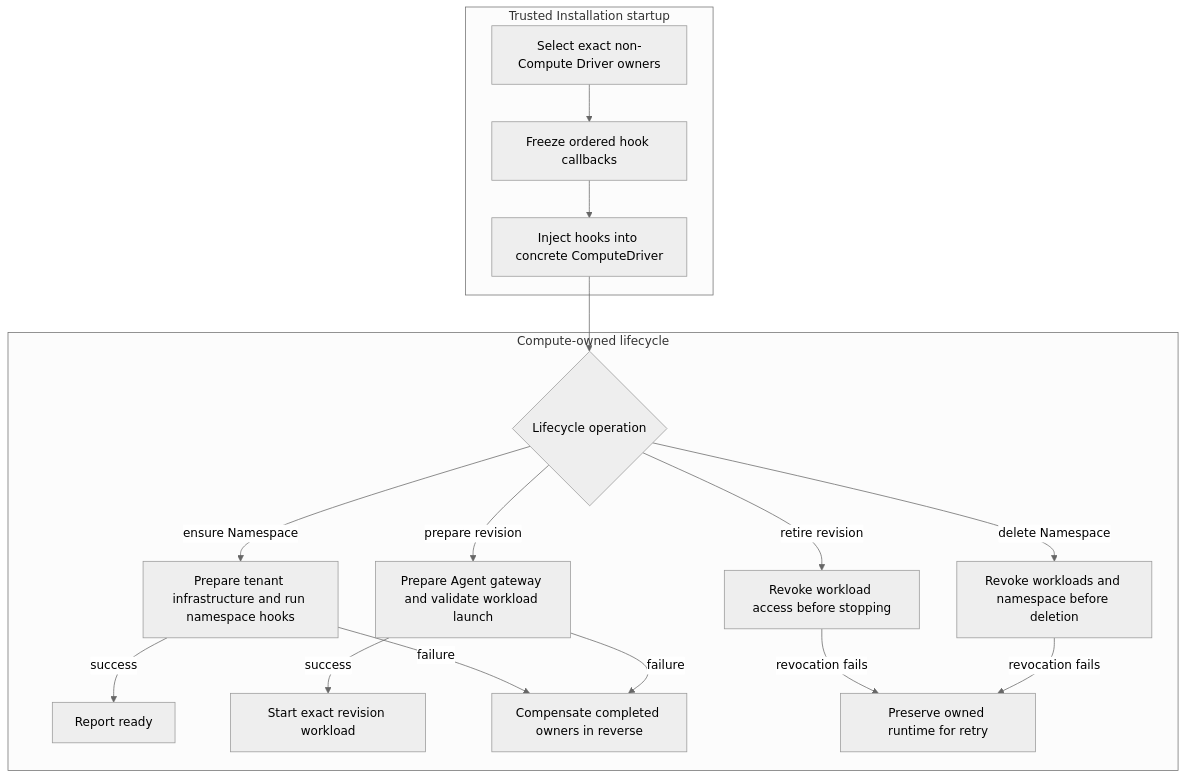
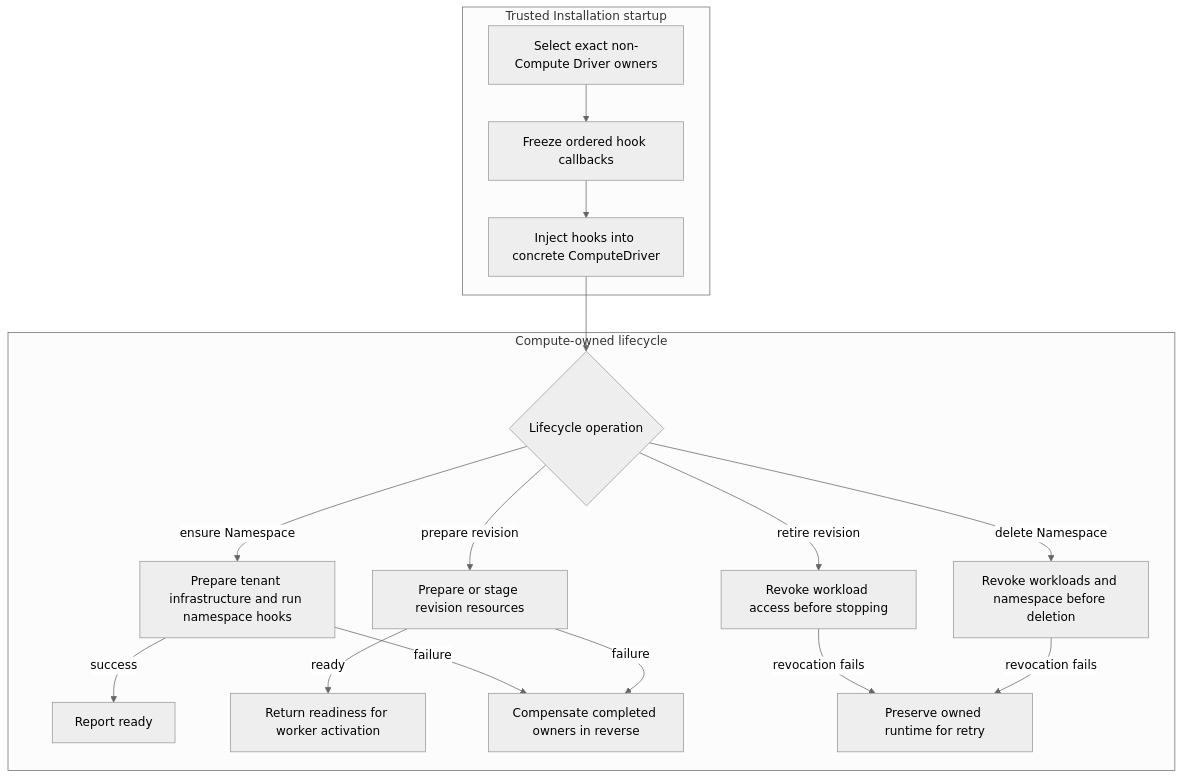
One commit to IsaiahStapleton/openclaw-enterprise changed the diagram in docs/flows/compute-driver-lifecycle-hooks.md. Above: the diagram before and after it, drawn with Mermaid (neutral theme). The commit also changed other lines of this file and 23 other files, not shown here.

Commit message:
docs: consolidate and correct runtime flow documentation

````diff
--- a/docs/flows/compute-driver-lifecycle-hooks.md
+++ b/docs/flows/compute-driver-lifecycle-hooks.md
@@ -27,21 +27,21 @@
 ```mermaid
 graph TD
   subgraph Startup["Trusted Installation startup"]
     A["Select exact non-Compute Driver owners"] --> B["Freeze ordered hook callbacks"]
     B --> C["Inject hooks into concrete ComputeDriver"]
   end
 
   subgraph Lifecycle["Compute-owned lifecycle"]
     C --> D{"Lifecycle operation"}
     D -->|ensure Namespace| E["Prepare tenant infrastructure and run namespace hooks"]
-    D -->|prepare revision| F["Prepare Agent gateway and validate workload launch"]
+    D -->|prepare revision| F["Prepare or stage revision resources"]
     D -->|retire revision| G["Revoke workload access before stopping"]
     D -->|delete Namespace| H["Revoke workloads and namespace before deletion"]
     E -->|success| I["Report ready"]
-    F -->|success| J["Start exact revision workload"]
+    F -->|ready| J["Return readiness for worker activation"]
     E -->|failure| K["Compensate completed owners in reverse"]
     F -->|failure| K
     G -->|revocation fails| L["Preserve owned runtime for retry"]
     H -->|revocation fails| L
   end
 ```
````
